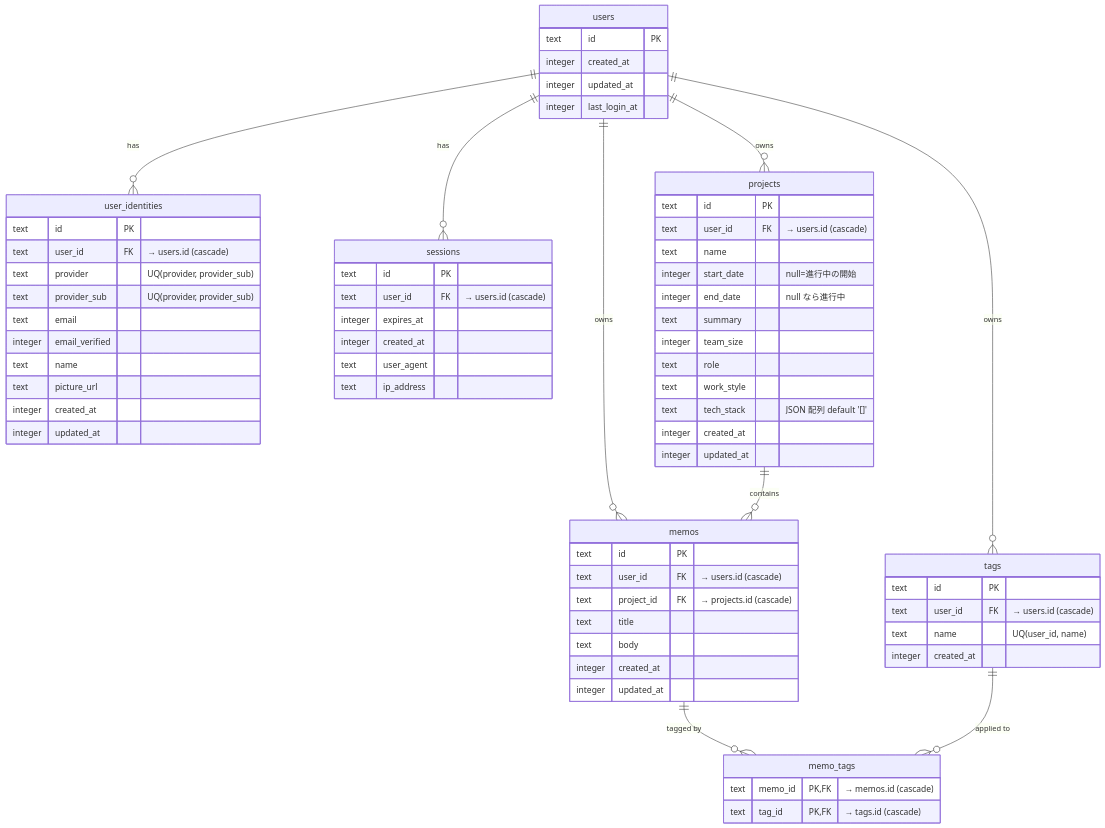
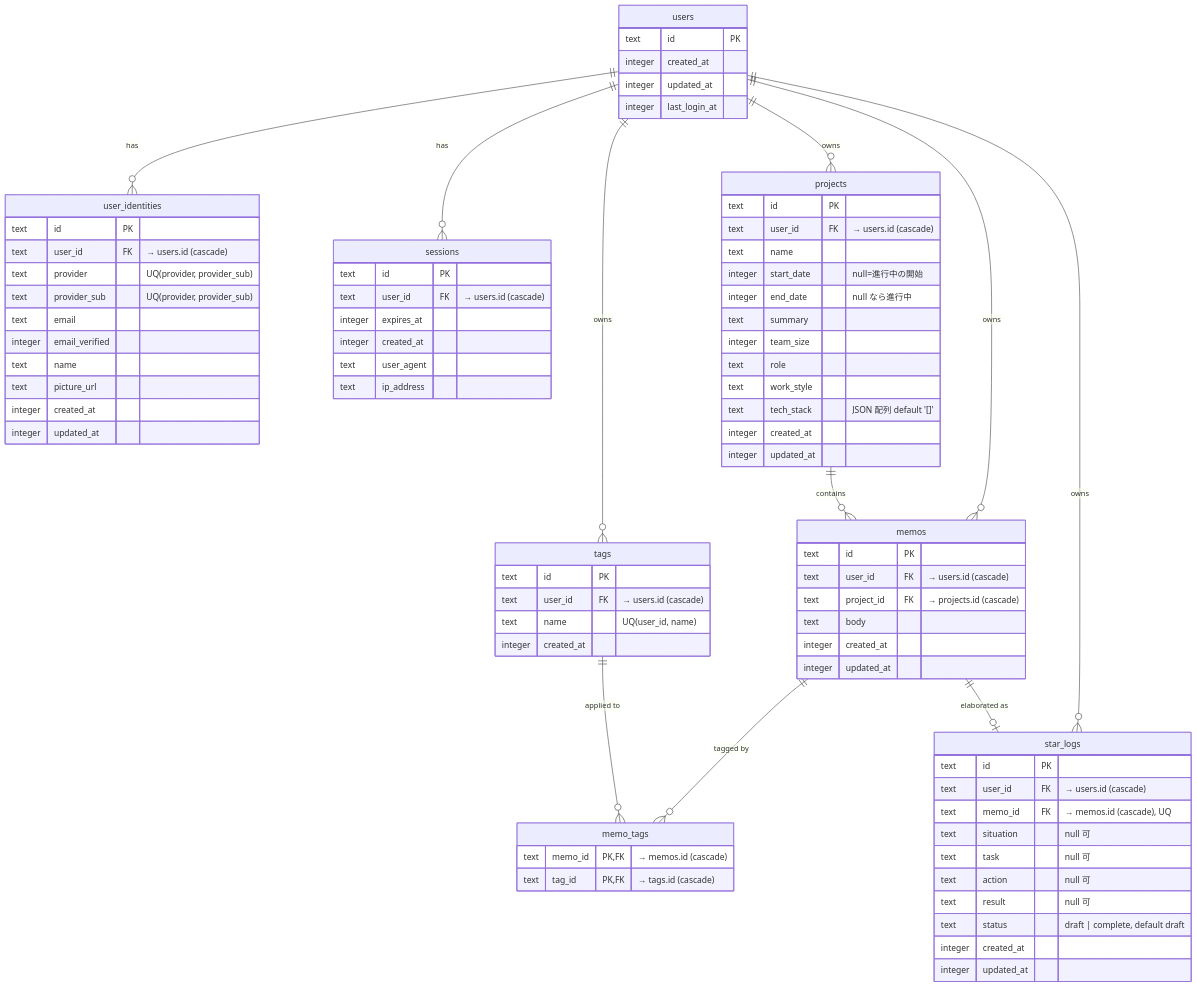
The diagram in docs/db-schema.md (Kai-Itakura/stacx), drawn with Mermaid before and after one commit. The commit also changed other lines of this file and 6 other files, not shown here.

```diff
--- a/docs/db-schema.md
+++ b/docs/db-schema.md
@@ -10,8 +10,10 @@
   users ||--o{ projects : "owns"
   users ||--o{ tags : "owns"
   users ||--o{ memos : "owns"
+  users ||--o{ star_logs : "owns"
   projects ||--o{ memos : "contains"
   memos ||--o{ memo_tags : "tagged by"
+  memos ||--o| star_logs : "elaborated as"
   tags ||--o{ memo_tags : "applied to"
 
   users {
@@ -69,8 +71,20 @@
     text id PK
     text user_id FK "→ users.id (cascade)"
     text project_id FK "→ projects.id (cascade)"
-    text title
     text body
+    integer created_at
+    integer updated_at
+  }
+
+  star_logs {
+    text id PK
+    text user_id FK "→ users.id (cascade)"
+    text memo_id FK "→ memos.id (cascade), UQ"
+    text situation "null 可"
+    text task "null 可"
+    text action "null 可"
+    text result "null 可"
+    text status "draft | complete, default draft"
     integer created_at
     integer updated_at
   }
```
